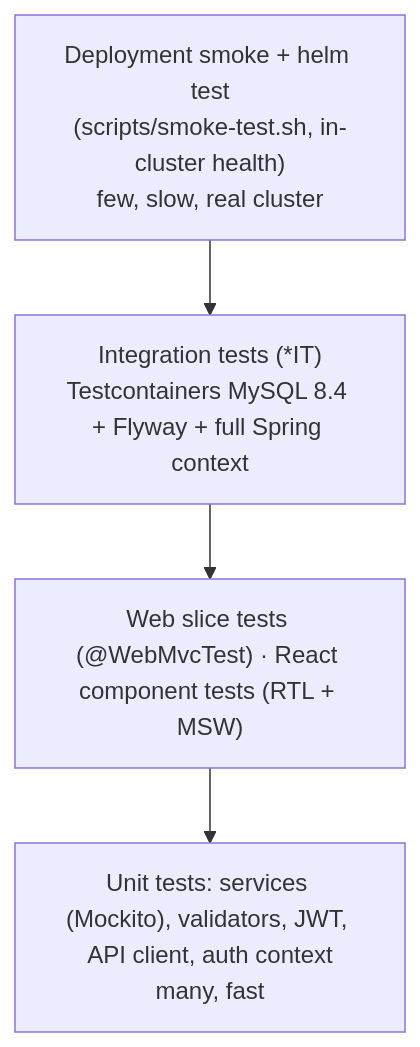
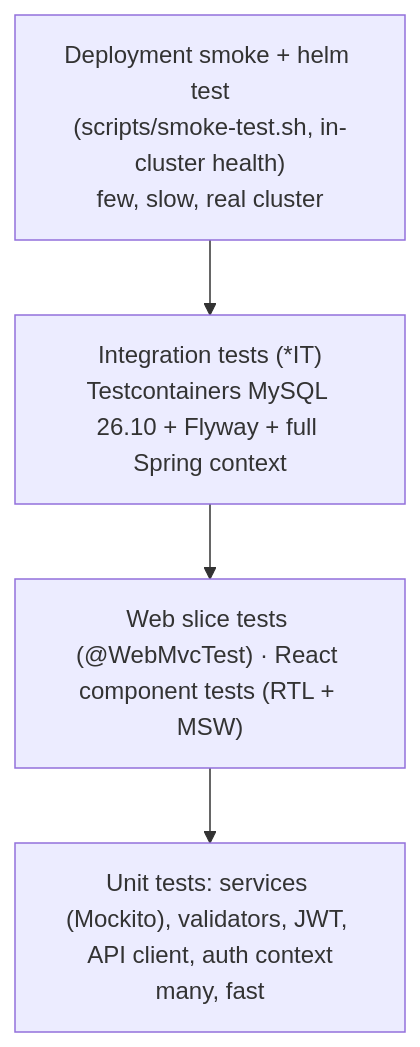
One commit to manojis/CriticalUtilityResponseService changed the diagram in docs/TESTING.md. Above: the diagram before and after it, drawn with Mermaid. The commit also changed other lines of this file and 27 other files, not shown here.

````diff
--- a/docs/TESTING.md
+++ b/docs/TESTING.md
@@ -5,8 +5,8 @@
 ```mermaid
 flowchart TB
     E2E["Deployment smoke + helm test<br/>(scripts/smoke-test.sh, in-cluster health)<br/>few, slow, real cluster"]
-    IT["Integration tests (*IT)<br/>Testcontainers MySQL 8.4 + Flyway + full Spring context"]
+    IT["Integration tests (*IT)<br/>Testcontainers MySQL 26.10 + Flyway + full Spring context"]
     SLICE["Web slice tests (@WebMvcTest) · React component tests (RTL + MSW)"]
     UNIT["Unit tests: services (Mockito), validators, JWT, API client, auth context<br/>many, fast"]
     E2E --> IT --> SLICE --> UNIT
 ```
````
